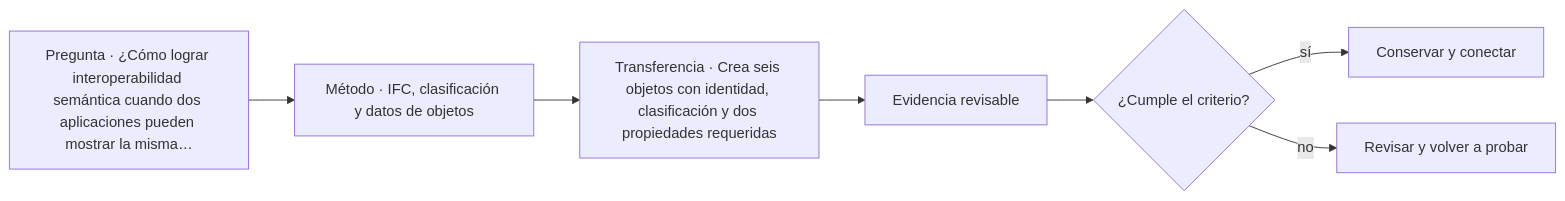
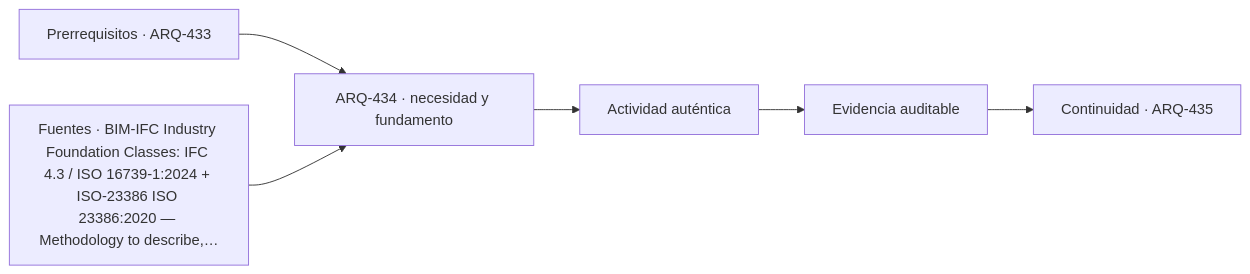
Before and after one commit to vladimiracunadev-create/architecture-built-environment-learning-program: the diagram in classes/parte-44/ARQ-434.md, drawn with Mermaid. The commit also changed other lines of this file and 761 other files, not shown here.

````diff
--- a/classes/parte-44/ARQ-434.md
+++ b/classes/parte-44/ARQ-434.md
@@ -75,9 +87,8 @@
 ```mermaid
 flowchart LR
-    Q["Pregunta · ¿Cómo lograr interoperabilidad semántica cuando dos aplicaciones pueden mostrar la misma…"] --> M["Método · IFC, clasificación y datos de objetos"]
-    M --> P["Transferencia · Crea seis objetos con identidad, clasificación y dos propiedades requeridas"]
-    P --> E["Evidencia revisable"]
-    E --> C{"¿Cumple el criterio?"}
-    C -->|sí| T["Conservar y conectar"]
-    C -->|no| R["Revisar y volver a probar"]
+    A["Prerrequisitos · ARQ-433"] --> B["ARQ-434 · necesidad y fundamento"]
+    S["Fuentes · BIM-IFC Industry Foundation Classes: IFC 4.3 / ISO 16739-1:2024 + ISO-23386 ISO 23386:2020 — Methodology to describe,…"] --> B
+    B --> C["Actividad auténtica"]
+    C --> D["Evidencia auditable"]
+    D --> E["Continuidad · ARQ-435"]
 ```
````
